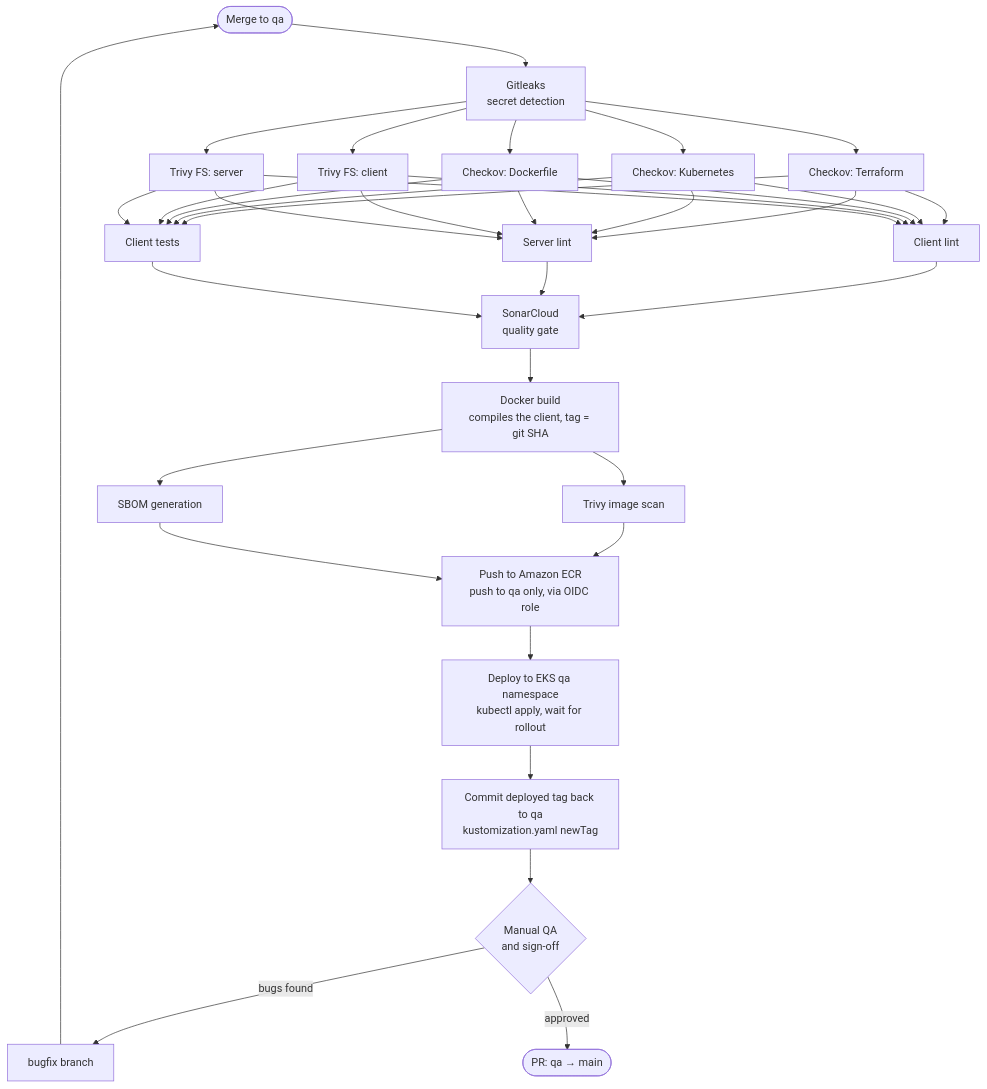
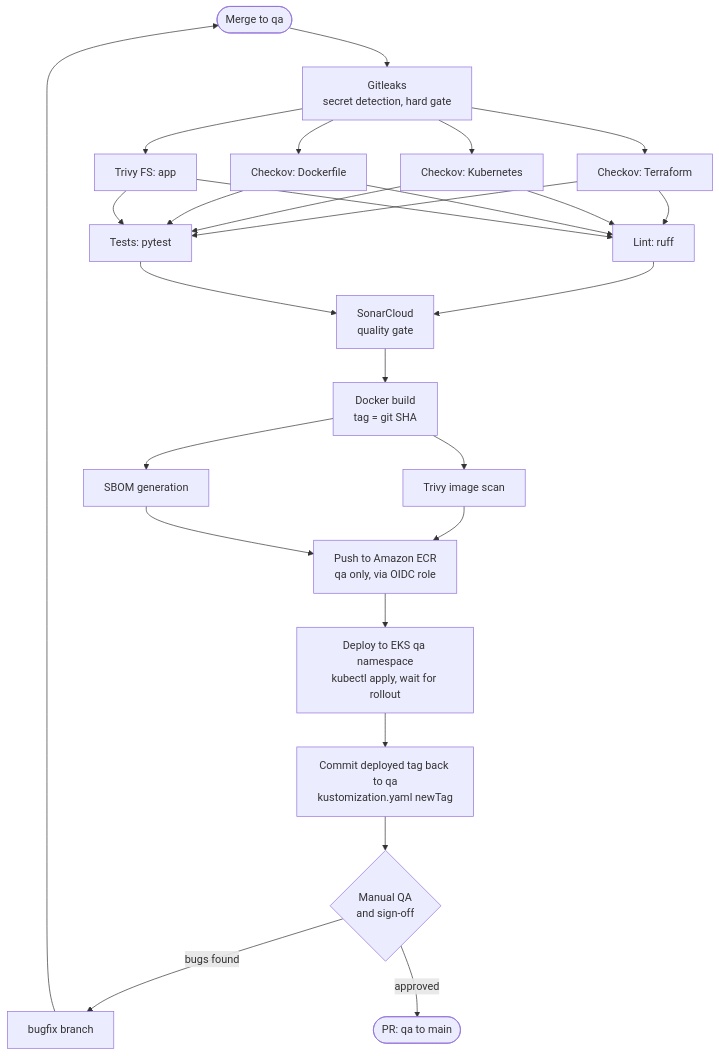
The sixth of 9 diagrams in README.md (meetbrij/prod-grade-e2e-devsecops-pipeline), drawn with Mermaid before and after one commit. The commit also changed other lines of this file and 4 other files, not shown here.

````diff
--- a/README.md
+++ b/README.md
@@ -276,22 +304,20 @@
 ```mermaid
 flowchart TD
-    A([Merge to qa]) --> B[Gitleaks<br/>secret detection]
+    A([Merge to qa]) --> B[Gitleaks<br/>secret detection, hard gate]
     B --> C1[Checkov: Terraform]
     B --> C2[Checkov: Kubernetes]
     B --> C3[Checkov: Dockerfile]
-    B --> C4[Trivy FS: client]
-    B --> C5[Trivy FS: server]
-    C1 & C2 & C3 & C4 & C5 --> D1[Client lint]
-    C1 & C2 & C3 & C4 & C5 --> D2[Server lint]
-    C1 & C2 & C3 & C4 & C5 --> D3[Client tests]
-    D1 & D2 & D3 --> E[SonarCloud<br/>quality gate]
-    E --> G[Docker build<br/>compiles the client, tag = git SHA]
+    B --> C4[Trivy FS: app]
+    C1 & C2 & C3 & C4 --> D1[Lint: ruff]
+    C1 & C2 & C3 & C4 --> D2[Tests: pytest]
+    D1 & D2 --> E[SonarCloud<br/>quality gate]
+    E --> G[Docker build<br/>tag = git SHA]
     G --> H1[Trivy image scan]
     G --> H2[SBOM generation]
-    H1 & H2 --> I[Push to Amazon ECR<br/>push to qa only, via OIDC role]
+    H1 & H2 --> I[Push to Amazon ECR<br/>qa only, via OIDC role]
     I --> K[Deploy to EKS qa namespace<br/>kubectl apply, wait for rollout]
     K --> J[Commit deployed tag back to qa<br/>kustomization.yaml newTag]
     J --> L{Manual QA<br/>and sign-off}
     L -->|bugs found| M[bugfix branch] --> A
-    L -->|approved| N([PR: qa → main])
+    L -->|approved| N([PR: qa to main])
 ```
````
